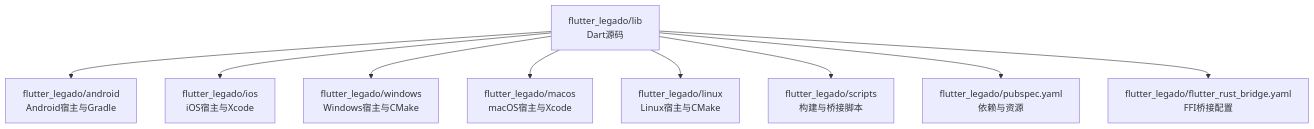
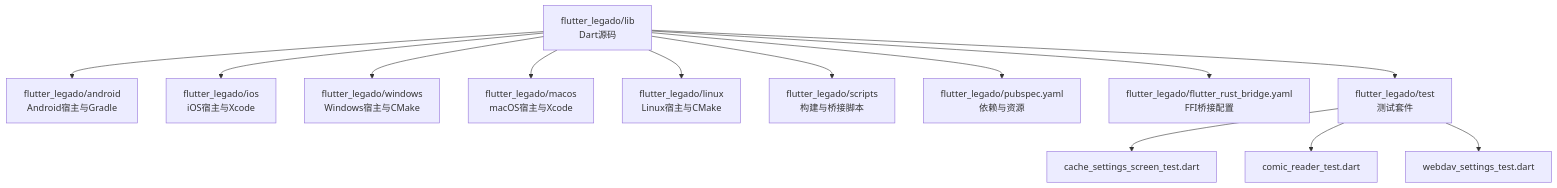
Before and after one commit to ZhangGHGitHub/LegadoTeamFlutter: the first of 9 diagrams in .qoder/repowiki/zh/content/Flutter跨平台应用/Flutter跨平台应用.md, drawn with Mermaid. The commit also changed other lines of this file and 66 other files, not shown here.

````diff
--- a/.qoder/repowiki/zh/content/Flutter跨平台应用/Flutter跨平台应用.md
+++ b/.qoder/repowiki/zh/content/Flutter跨平台应用/Flutter跨平台应用.md
@@ -55,11 +56,15 @@
 ```mermaid
 graph TB
 A["flutter_legado/lib<br/>Dart源码"] --> B["flutter_legado/android<br/>Android宿主与Gradle"]
 A --> C["flutter_legado/ios<br/>iOS宿主与Xcode"]
 A --> D["flutter_legado/windows<br/>Windows宿主与CMake"]
 A --> E["flutter_legado/macos<br/>macOS宿主与Xcode"]
 A --> F["flutter_legado/linux<br/>Linux宿主与CMake"]
 A --> G["flutter_legado/scripts<br/>构建与桥接脚本"]
 A --> H["flutter_legado/pubspec.yaml<br/>依赖与资源"]
 A --> I["flutter_legado/flutter_rust_bridge.yaml<br/>FFI桥接配置"]
+A --> J["flutter_legado/test<br/>测试套件"]
+J --> K["cache_settings_screen_test.dart"]
+J --> L["comic_reader_test.dart"]
+J --> M["webdav_settings_test.dart"]
 ```
````
